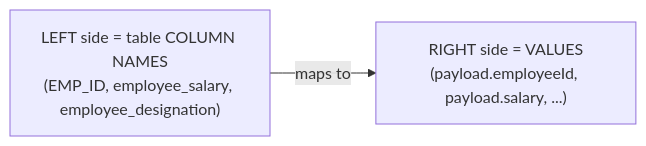
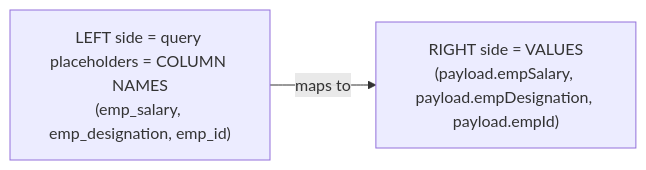
One commit to developerashok99/green-c-mule-notes changed the second of 8 diagrams in detailed-notes/day30.md. Above: the diagram before and after it, drawn with Mermaid. The commit also changed other lines of this file and 29 other files, not shown here.

````diff
--- a/detailed-notes/day30.md
+++ b/detailed-notes/day30.md
@@ -20,4 +22,4 @@
 ```mermaid
 flowchart LR
-    Left["LEFT side = table COLUMN NAMES\n(EMP_ID, employee_salary, employee_designation)"] -->|"maps to"| Right["RIGHT side = VALUES\n(payload.employeeId, payload.salary, ...)"]
+    Left["LEFT side = query placeholders = COLUMN NAMES<br/>(emp_salary, emp_designation, emp_id)"] -->|"maps to"| Right["RIGHT side = VALUES<br/>(payload.empSalary, payload.empDesignation, payload.empId)"]
 ```
````
